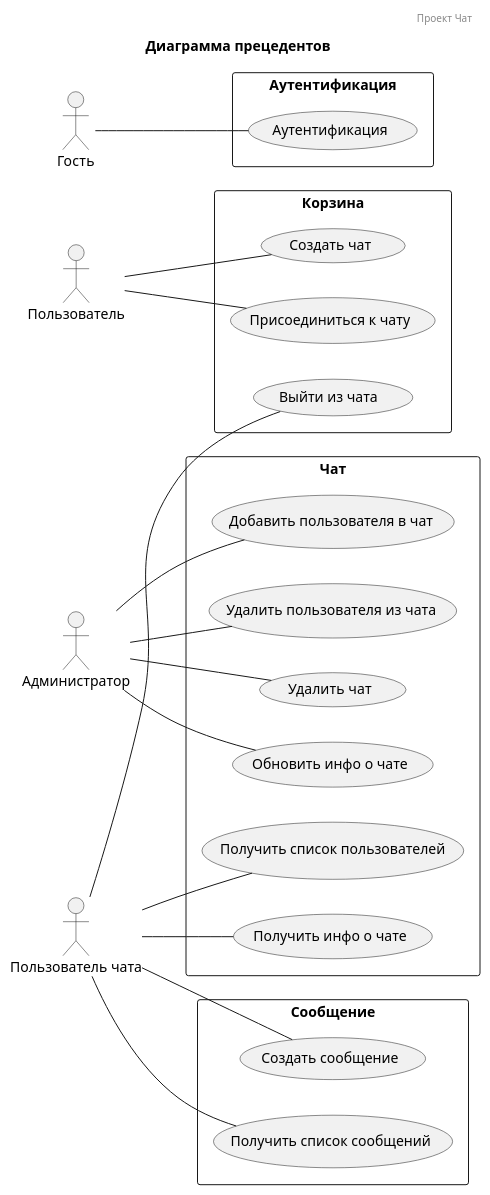
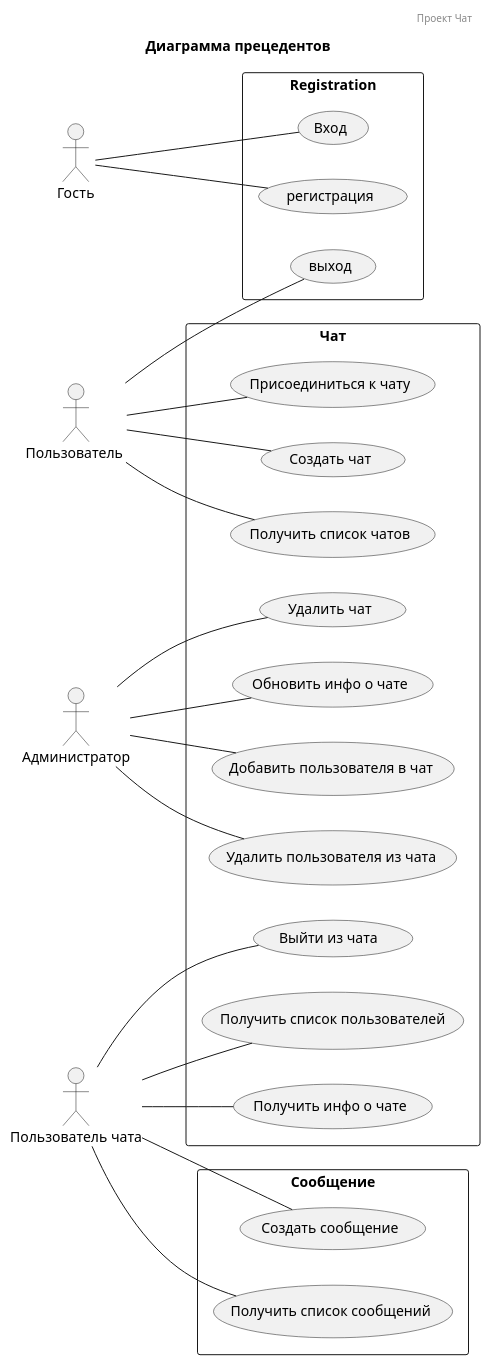
One commit to IrinaKostroma/ProjectChat changed the diagram in ChatProject/components/doc/precedents.puml. Above: the diagram before and after it, drawn with PlantUML. The commit also changed 38 other files, not shown here.

```diff
--- a/ChatProject/components/doc/precedents.puml
+++ b/ChatProject/components/doc/precedents.puml
@@ -1,58 +1,57 @@
 @startuml
 
 header Проект Чат
 title Диаграмма прецедентов
 
 left to right direction
 
-rectangle "Аутентификация"{
-    usecase "Аутентификация" as auth
+rectangle "Registration"{
+    usecase "Вход" as login
+    usecase "регистрация" as auth
+    usecase "выход" as logout
 }
 
 rectangle "Чат" {
+  usecase "Создать чат" as create_chat
   usecase "Удалить чат" as delete_chat
   usecase "Получить инфо о чате" as get_chat_info
   usecase "Обновить инфо о чате" as update_chat_info
   usecase "Получить список пользователей" as get_users_list
   usecase "Добавить пользователя в чат" as add_user_to_chat
   usecase "Удалить пользователя из чата" as delete_user_from_chat
-
-
+  usecase "Получить список чатов" as get_chat_list
+    usecase "Присоединиться к чату" as join_to_chat
+  usecase "Выйти из чата " as leave_chat
 }
 
 rectangle "Сообщение" {
   usecase "Создать сообщение" as create_message
   usecase "Получить список сообщений" as get_list_messages
 }
 
-rectangle "Корзина" {
-  usecase "Создать чат" as create_chat
-  usecase "Присоединиться к чату" as join_to_chat
-  usecase "Выйти из чата " as leave_chat
-}
 
-actor "Пользователь" as user
+actor "Пользователь " as user
 user -- create_chat
 user -- join_to_chat
-
+user -- get_chat_list
+user -- logout
 
 actor "Пользователь чата" as userch
 userch -- get_chat_info
 userch -- leave_chat
 userch -- get_users_list
 userch -- create_message
 userch -- get_list_messages
 
 actor "Администратор" as admin
 admin -- add_user_to_chat
 admin -- delete_user_from_chat
 admin -- update_chat_info
 admin -- delete_chat
 
-
-
 actor "Гость" as guest
+guest -- login
 guest -- auth
 
 
 @enduml
```
